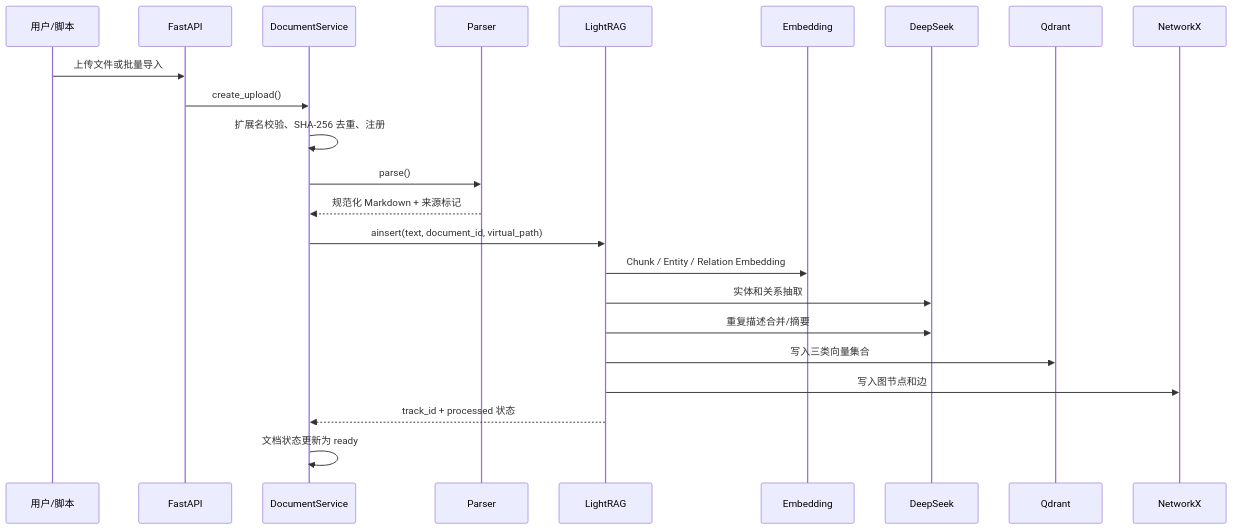
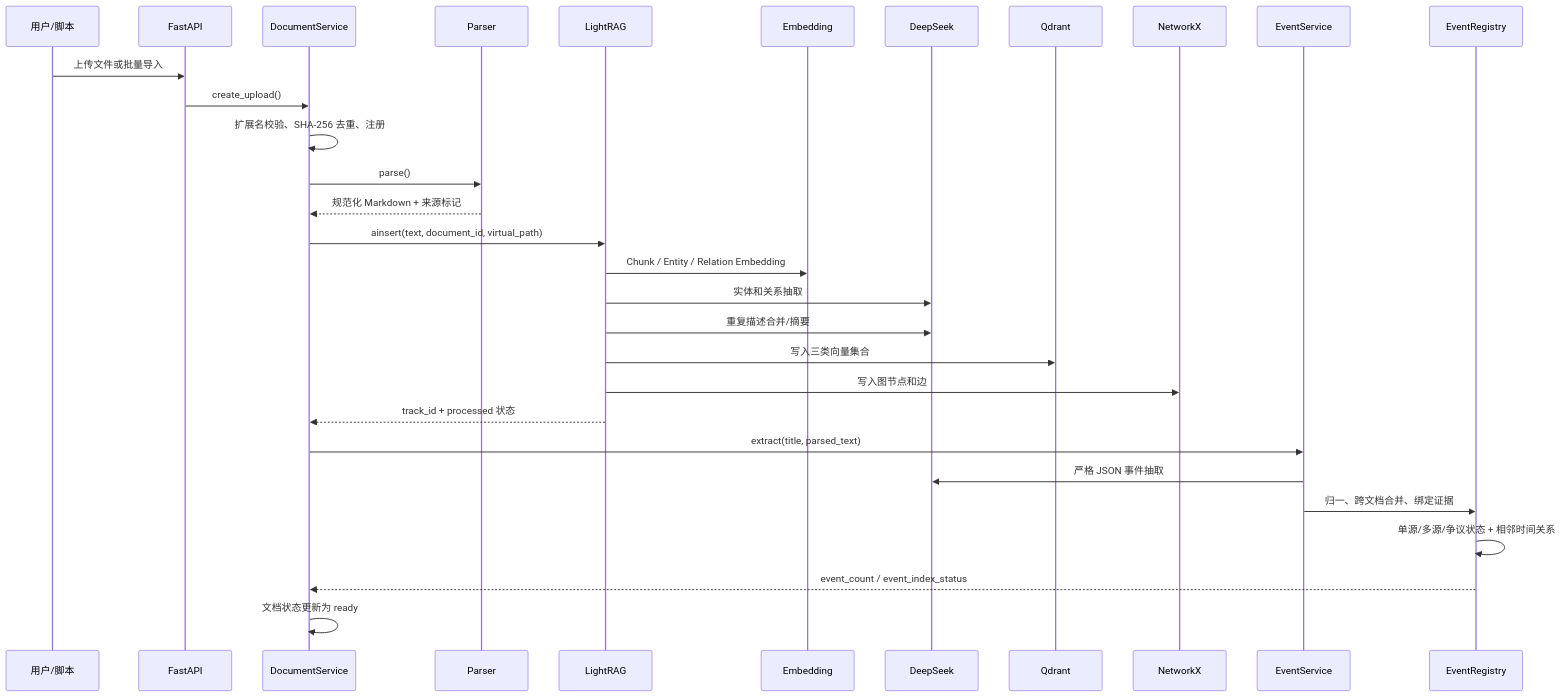
The second of 4 diagrams in TECHNICAL_REPORT.md (zomer2001/rag_prepare), drawn with Mermaid before and after one commit. The commit also changed other lines of this file and 2 other files, not shown here.

Commit message:
docs: update architecture report and runbook

````diff
--- a/TECHNICAL_REPORT.md
+++ b/TECHNICAL_REPORT.md
@@ -120,26 +138,33 @@
 ```mermaid
 sequenceDiagram
     participant U as 用户/脚本
     participant A as FastAPI
     participant D as DocumentService
     participant P as Parser
     participant L as LightRAG
     participant E as Embedding
     participant M as DeepSeek
     participant Q as Qdrant
     participant G as NetworkX
+    participant V as EventService
+    participant R as EventRegistry
 
     U->>A: 上传文件或批量导入
     A->>D: create_upload()
     D->>D: 扩展名校验、SHA-256 去重、注册
     D->>P: parse()
     P-->>D: 规范化 Markdown + 来源标记
     D->>L: ainsert(text, document_id, virtual_path)
     L->>E: Chunk / Entity / Relation Embedding
     L->>M: 实体和关系抽取
     L->>M: 重复描述合并/摘要
     L->>Q: 写入三类向量集合
     L->>G: 写入图节点和边
     L-->>D: track_id + processed 状态
+    D->>V: extract(title, parsed_text)
+    V->>M: 严格 JSON 事件抽取
+    V->>R: 归一、跨文档合并、绑定证据
+    R->>R: 单源/多源/争议状态 + 相邻时间关系
+    R-->>D: event_count / event_index_status
     D->>D: 文档状态更新为 ready
 ```
````
